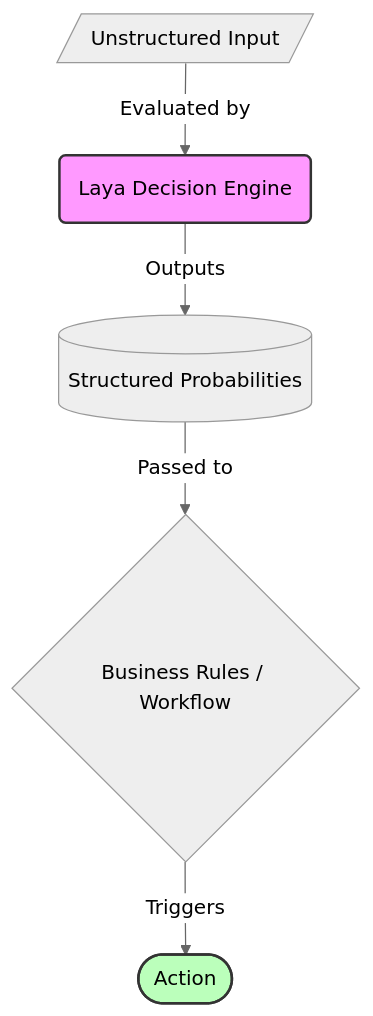
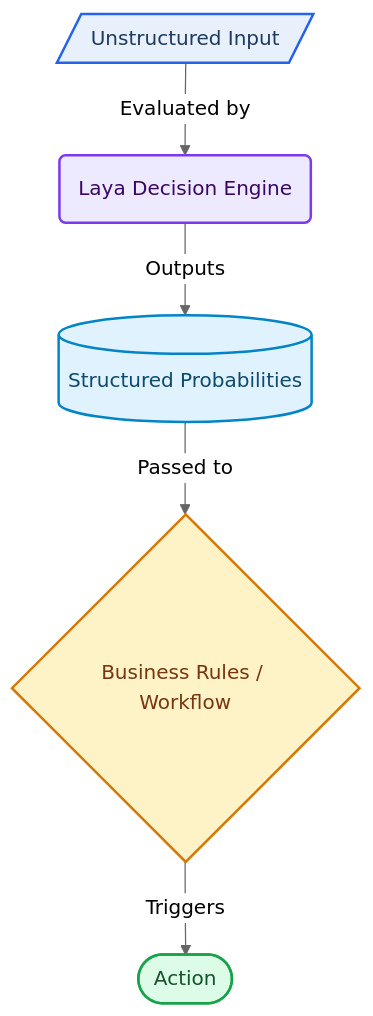
One commit to RanchMobile/ArticlesByRanch changed the diagram in laya_decision_engine_guide_by_Ranch_Camalalingam.md. Above: the diagram before and after it, drawn with Mermaid (neutral theme).

Commit message:
Enhance diagram styles in decision engine guide
Updated styles for decision engine diagram elements.

````diff
--- a/laya_decision_engine_guide_by_Ranch_Camalalingam.md
+++ b/laya_decision_engine_guide_by_Ranch_Camalalingam.md
@@ -135,10 +135,13 @@
 ```mermaid
 flowchart TD
     A[/Unstructured Input/] -->|Evaluated by| B(Laya Decision Engine)
     B -->|Outputs| C[(Structured Probabilities)]
     C -->|Passed to| D{Business Rules / Workflow}
     D -->|Triggers| E([Action])
-    
-    style B fill:#f9f,stroke:#333,stroke-width:2px
-    style E fill:#bfb,stroke:#333,stroke-width:2px
+
+    style A fill:#E8F1FB,stroke:#2563EB,stroke-width:2px,color:#1E3A5F
+    style B fill:#EDE9FE,stroke:#7C3AED,stroke-width:2px,color:#3B0764
+    style C fill:#E0F2FE,stroke:#0284C7,stroke-width:2px,color:#0C4A6E
+    style D fill:#FEF3C7,stroke:#D97706,stroke-width:2px,color:#78350F
+    style E fill:#DCFCE7,stroke:#16A34A,stroke-width:2px,color:#14532D
 ```
````
